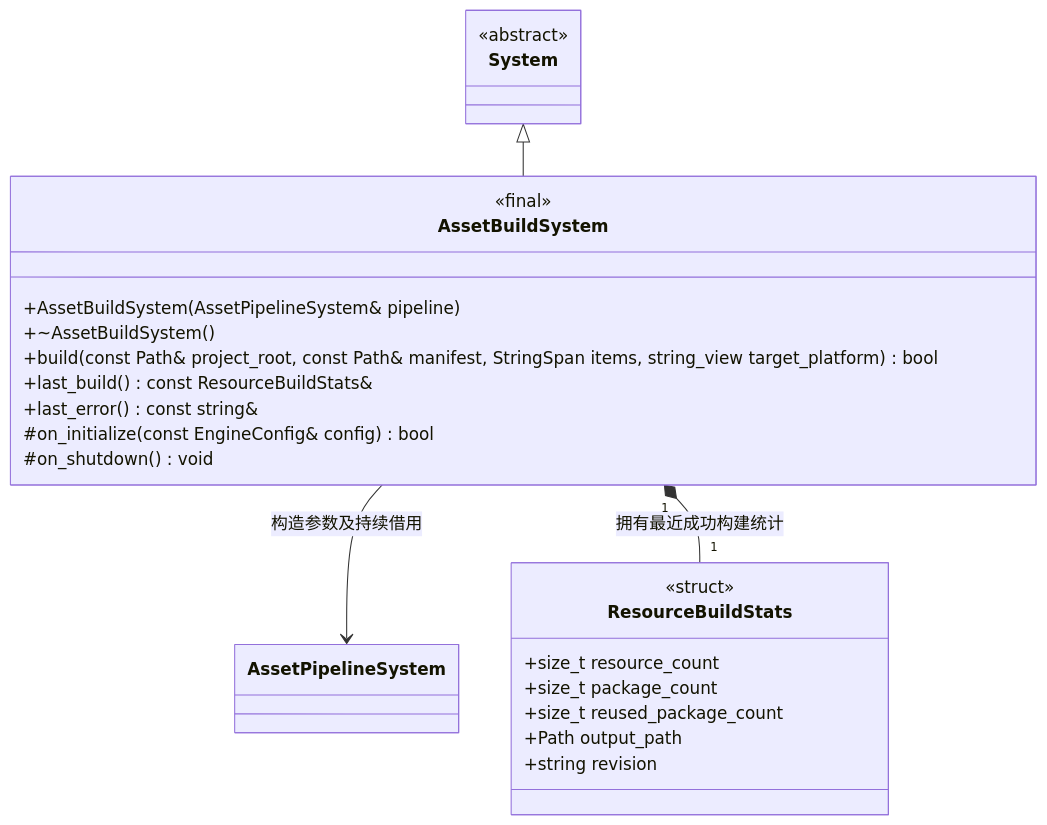
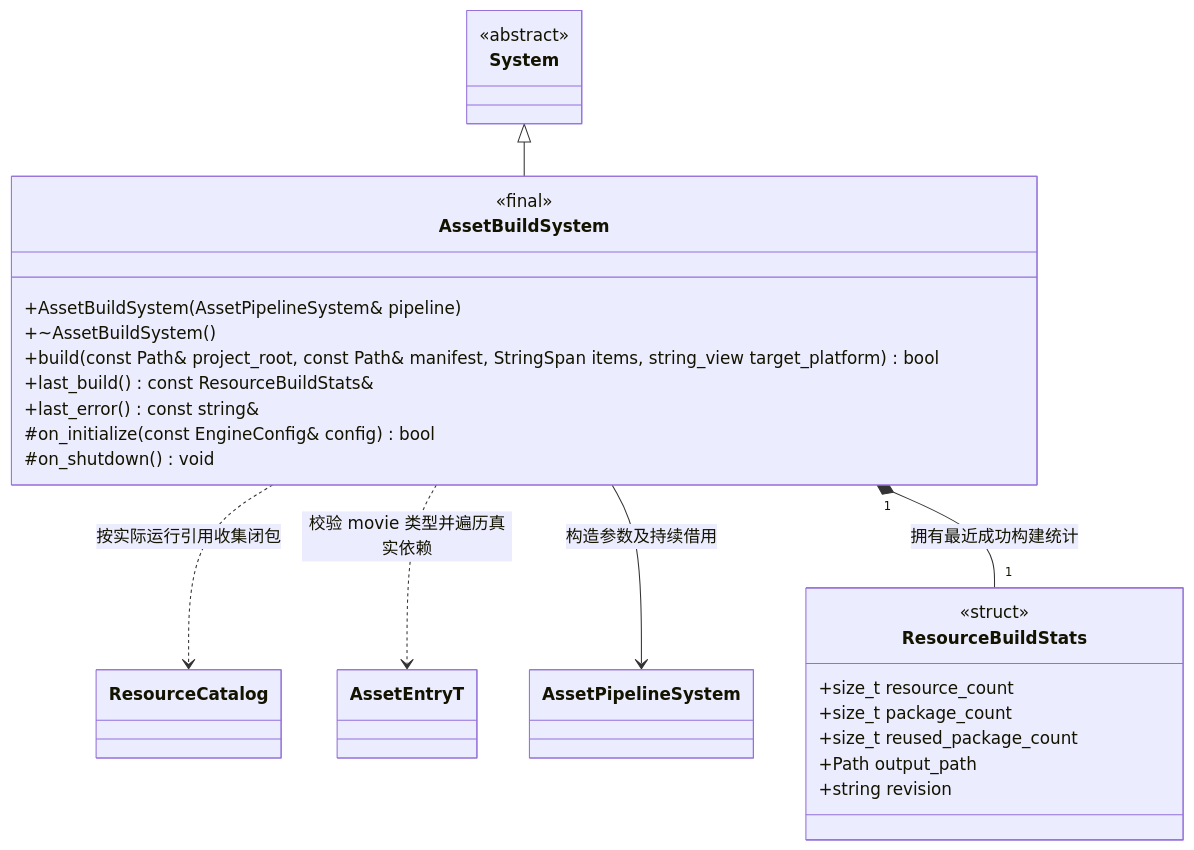
Before and after one commit to lcals/Engine: the first of 2 diagrams in docs/plugins/editor/class-diagrams/asset-build-system.md, drawn with Mermaid. The commit also changed other lines of this file and 44 other files, not shown here.

````diff
--- a/docs/plugins/editor/class-diagrams/asset-build-system.md
+++ b/docs/plugins/editor/class-diagrams/asset-build-system.md
@@ -9,29 +9,33 @@
 ```mermaid
 classDiagram
     direction TB
     class System {
         <<abstract>>
     }
     class AssetBuildSystem {
         <<final>>
         +AssetBuildSystem(AssetPipelineSystem& pipeline)
         +~AssetBuildSystem()
         +build(const Path& project_root, const Path& manifest, StringSpan items, string_view target_platform) bool
         +last_build() const ResourceBuildStats&
         +last_error() const string&
         #on_initialize(const EngineConfig& config) bool
         #on_shutdown() void
     }
     class AssetPipelineSystem
+    class ResourceCatalog
+    class AssetEntryT
+    AssetBuildSystem ..> ResourceCatalog : 按实际运行引用收集闭包
+    AssetBuildSystem ..> AssetEntryT : 校验 movie 类型并遍历真实依赖
     class ResourceBuildStats {
         <<struct>>
         +size_t resource_count
         +size_t package_count
         +size_t reused_package_count
         +Path output_path
         +string revision
     }
     System <|-- AssetBuildSystem
     AssetBuildSystem --> AssetPipelineSystem : 构造参数及持续借用
     AssetBuildSystem "1" *-- "1" ResourceBuildStats : 拥有最近成功构建统计
 ```
````
